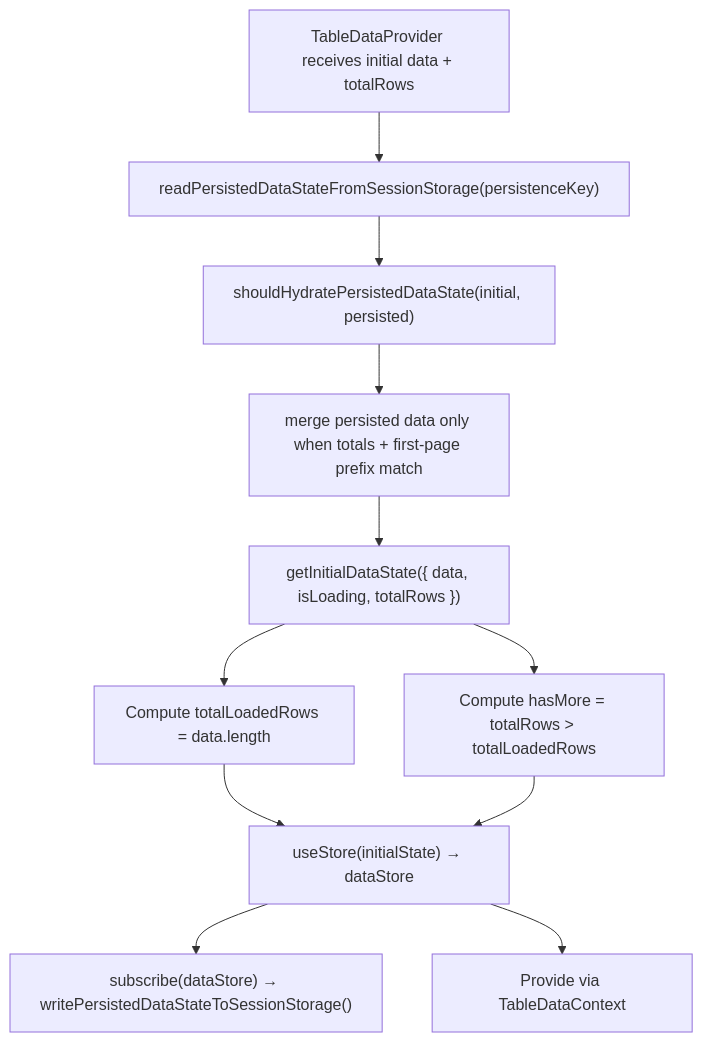
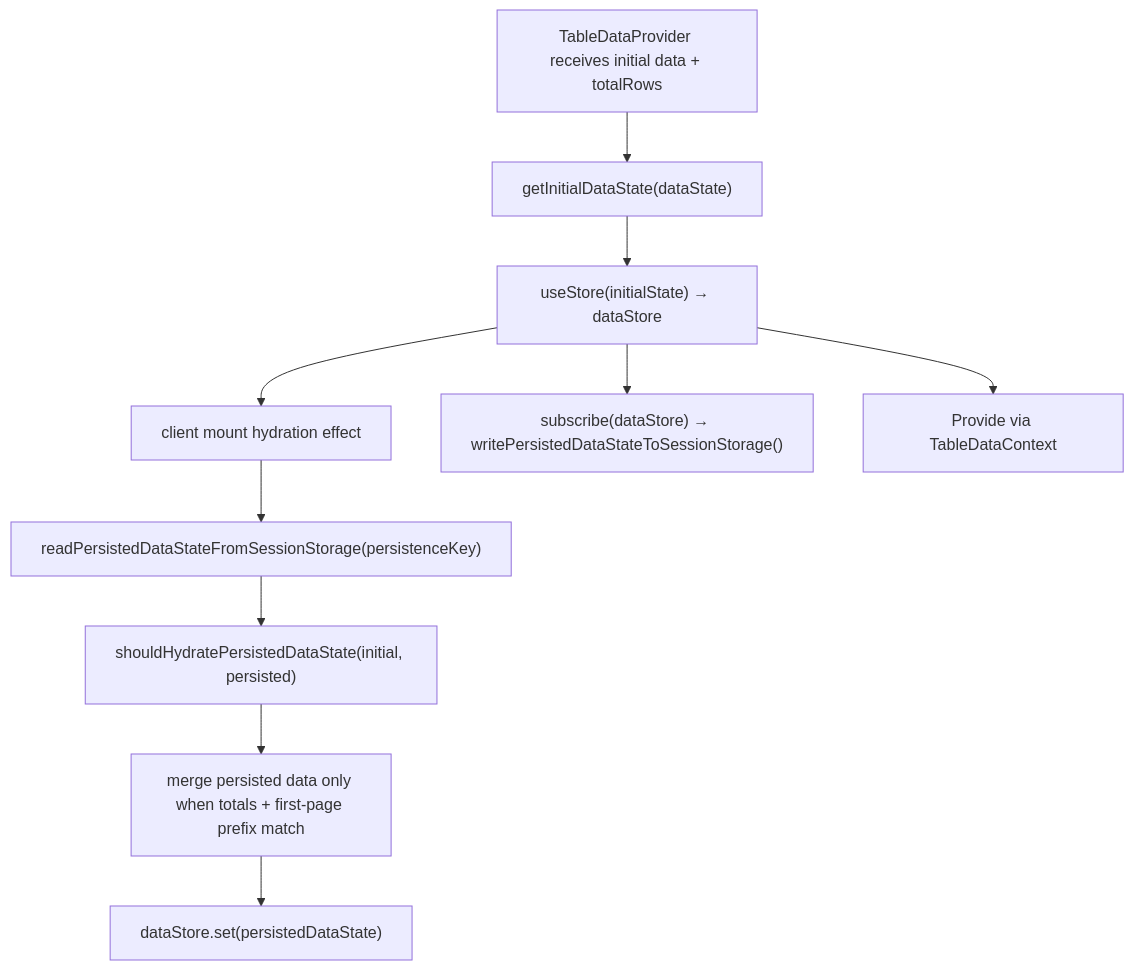
The second of 2 diagrams in apps/react-router/src/components/Table/contexts/TableData/ARCHITECTURE.md (luciocabrera/lcabrera-stack), drawn with Mermaid before and after one commit. The commit also changed other lines of this file and 19 other files, not shown here.

Commit message:
feat: add isBusy prop to Button, Tabs, ToggleSwitch components and update architecture documentation

````diff
--- a/apps/react-router/src/components/Table/contexts/TableData/ARCHITECTURE.md
+++ b/apps/react-router/src/components/Table/contexts/TableData/ARCHITECTURE.md
@@ -67,14 +67,13 @@
 ```mermaid
 graph TD
   A["TableDataProvider receives initial data + totalRows"]
-  A --> P["readPersistedDataStateFromSessionStorage(persistenceKey)"]
-  P --> G["shouldHydratePersistedDataState(initial, persisted)"]
-  G --> M["merge persisted data only when totals + first-page prefix match"]
-  M --> B["getInitialDataState({ data, isLoading, totalRows })"]
-  B --> C["Compute totalLoadedRows = data.length"]
-  B --> D["Compute hasMore = totalRows > totalLoadedRows"]
-  C --> E["useStore(initialState) → dataStore"]
-  D --> E
-  E --> W["subscribe(dataStore) → writePersistedDataStateToSessionStorage()"]
-  E --> F["Provide via TableDataContext"]
+  A --> B["getInitialDataState(dataState)"]
+  B --> C["useStore(initialState) → dataStore"]
+  C --> D["client mount hydration effect"]
+  D --> E["readPersistedDataStateFromSessionStorage(persistenceKey)"]
+  E --> F["shouldHydratePersistedDataState(initial, persisted)"]
+  F --> G["merge persisted data only when totals + first-page prefix match"]
+  G --> H["dataStore.set(persistedDataState)"]
+  C --> I["subscribe(dataStore) → writePersistedDataStateToSessionStorage()"]
+  C --> J["Provide via TableDataContext"]
 ```
````
